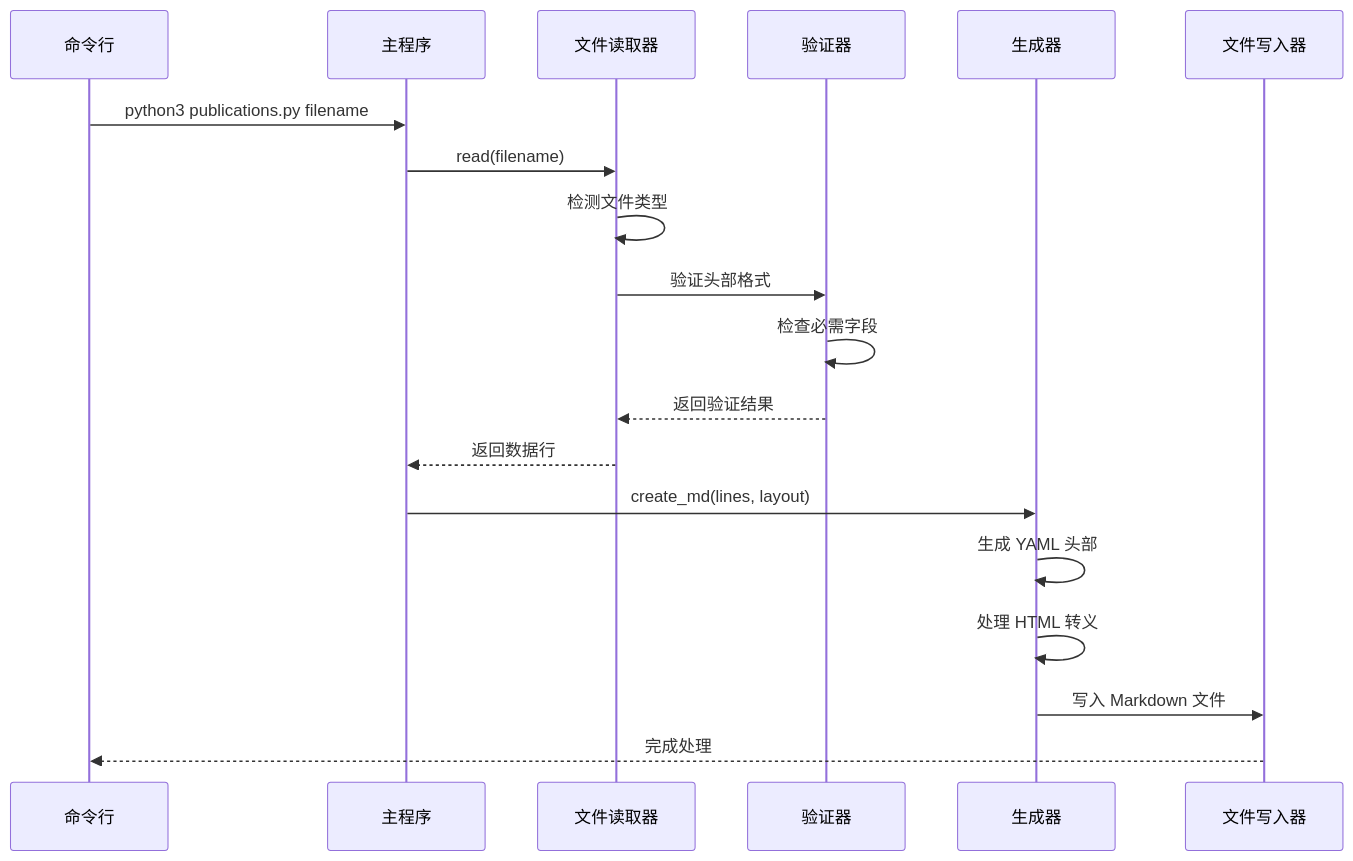
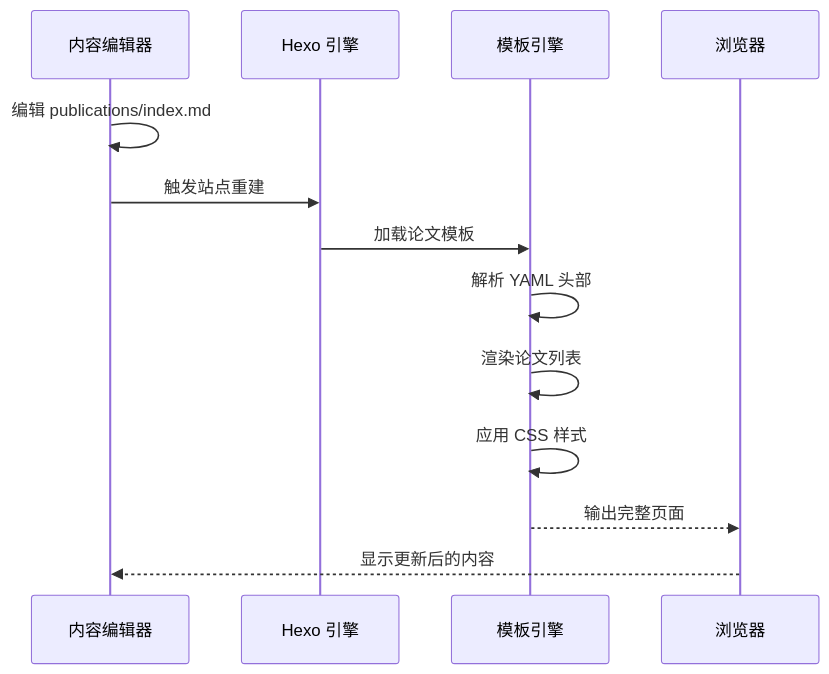
Before and after one commit to CoolPig0720/CoolPig0720.github.io: the third of 9 diagrams in .qoder/repowiki/zh/content/数据处理和自动化/Python 数据处理脚本.md, drawn with Mermaid. The commit also changed other lines of this file and 36 other files, not shown here.

````diff
--- a/.qoder/repowiki/zh/content/数据处理和自动化/Python 数据处理脚本.md
+++ b/.qoder/repowiki/zh/content/数据处理和自动化/Python 数据处理脚本.md
@@ -202,21 +171,15 @@
 ```mermaid
 sequenceDiagram
-participant CLI as 命令行
-participant Main as 主程序
-participant Reader as 文件读取器
-participant Validator as 验证器
-participant Generator as 生成器
-participant Writer as 文件写入器
-CLI->>Main : python3 publications.py filename
-Main->>Reader : read(filename)
-Reader->>Reader : 检测文件类型
-Reader->>Validator : 验证头部格式
-Validator->>Validator : 检查必需字段
-Validator-->>Reader : 返回验证结果
-Reader-->>Main : 返回数据行
-Main->>Generator : create_md(lines, layout)
-Generator->>Generator : 生成 YAML 头部
-Generator->>Generator : 处理 HTML 转义
-Generator->>Writer : 写入 Markdown 文件
-Writer-->>CLI : 完成处理
+participant Editor as 内容编辑器
+participant Hexo as Hexo 引擎
+participant Template as 模板引擎
+participant Browser as 浏览器
+Editor->>Editor : 编辑 publications/index.md
+Editor->>Hexo : 触发站点重建
+Hexo->>Template : 加载论文模板
+Template->>Template : 解析 YAML 头部
+Template->>Template : 渲染论文列表
+Template->>Template : 应用 CSS 样式
+Template-->>Browser : 输出完整页面
+Browser-->>Editor : 显示更新后的内容
 ```
````
